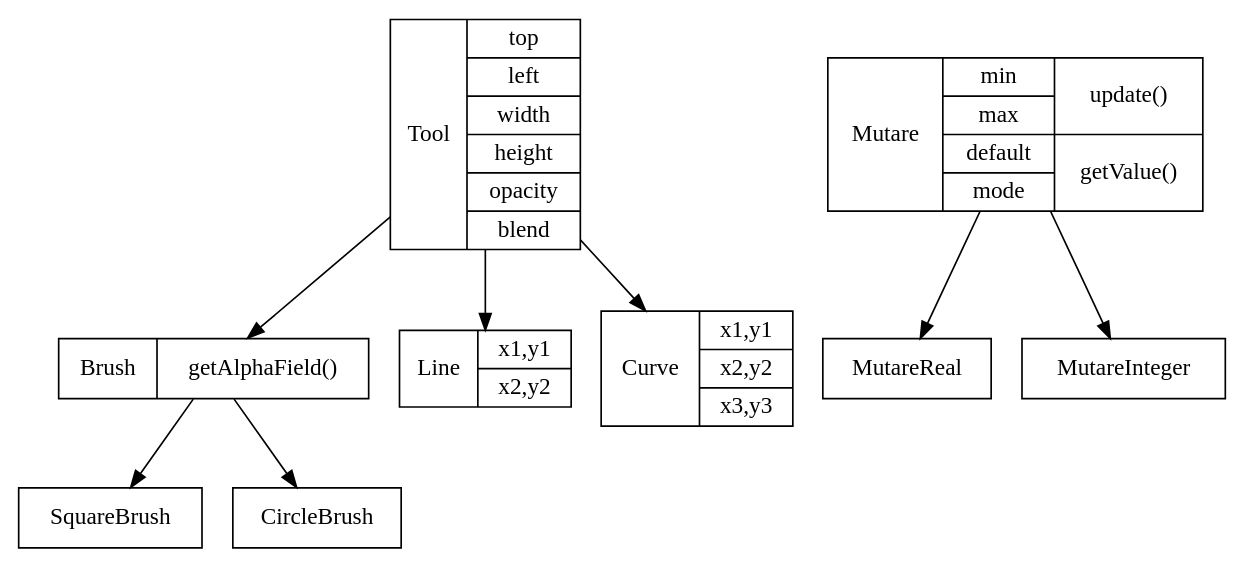
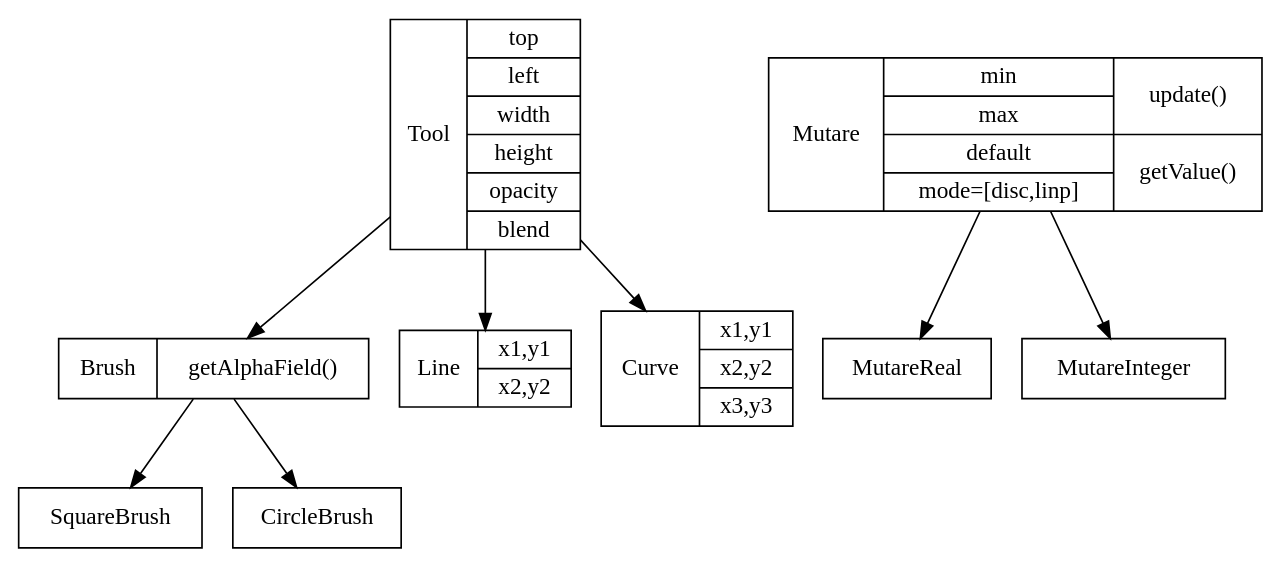
The diagram in docs/tools.dot (juliankrispel/Pollock), drawn with Graphviz before and after one commit. The commit also changed 2 other files, not shown here.

Commit message:
first mutare try
unfinished

```diff
--- a/docs/tools.dot
+++ b/docs/tools.dot
@@ -1,22 +1,22 @@
 digraph G {
 	Tool [shape=record,label="Tool|{top|left|width|height|opacity|blend}"];
 	Brush [shape=record,label="Brush|getAlphaField()"];
 	Line [shape=record,label="Line|{x1,y1|x2,y2}"];
 	Curve [shape=record,label="Curve|{x1,y1|x2,y2|x3,y3}"];
 	SquareBrush [shape=record]
 	CircleBrush [shape=record]
 
 	Tool -> Brush;
 	Tool -> Line;
 	Tool -> Curve;
  
   Brush -> SquareBrush;                           
   Brush -> CircleBrush;
   
-  Mutare [shape=record,label="Mutare|{min|max|default|mode}|{update()|getValue()}"];
+  Mutare [shape=record,label="Mutare|{min|max|default|mode=[disc,linp]}|{update()|getValue()}"];
   MutareReal [shape=record]
   MutareInteger [shape=record]
   
   Mutare -> MutareReal;
   Mutare -> MutareInteger;
 }
```
